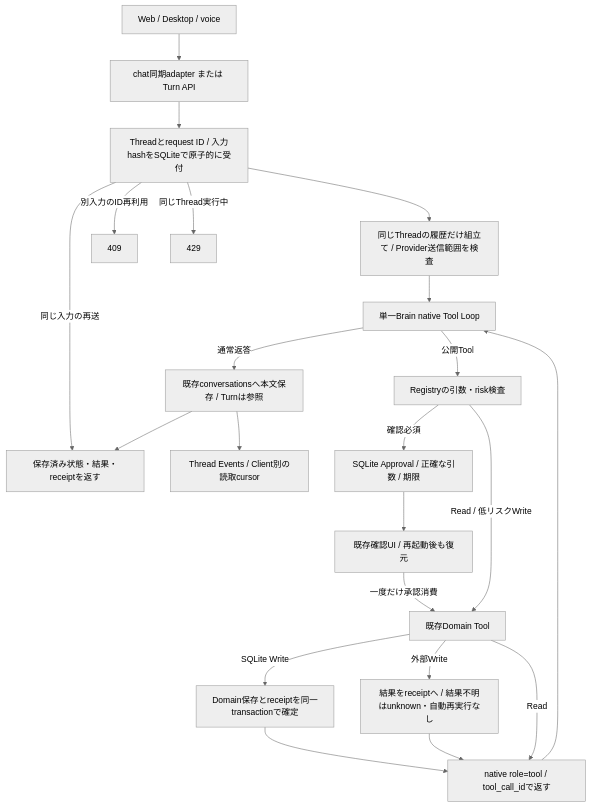
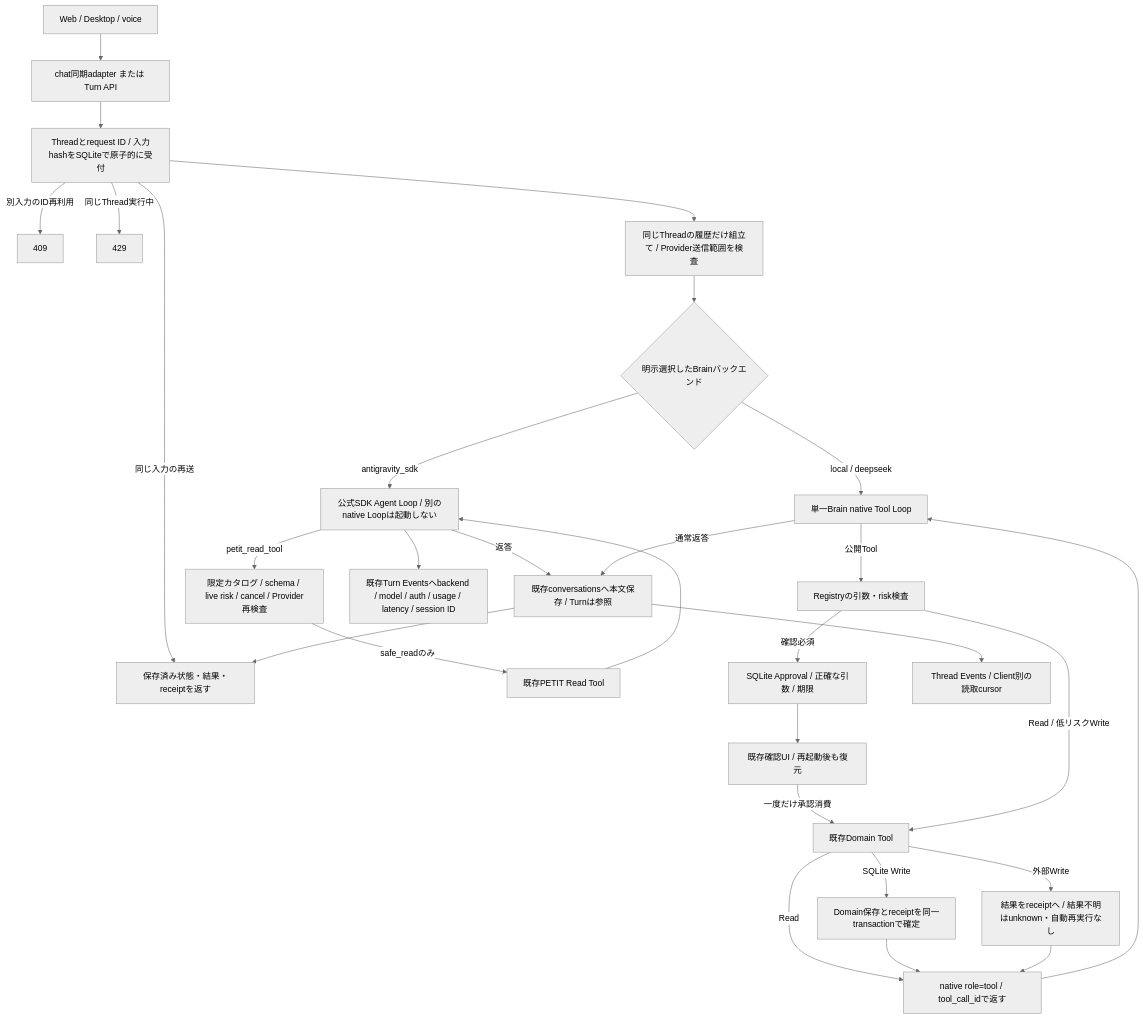
One commit to Soso2e/PETIT changed the first of 29 diagrams in docs/runtime-flows.md. Above: the diagram before and after it, drawn with Mermaid (neutral theme). The commit also changed other lines of this file and 32 other files, not shown here.

````diff
--- a/docs/runtime-flows.md
+++ b/docs/runtime-flows.md
@@ -9,24 +9,31 @@
 ```mermaid
 flowchart TD
     C[Web / Desktop / voice] --> A[chat同期adapter または Turn API]
     A --> L[Threadとrequest ID / 入力hashをSQLiteで原子的に受付]
     L -->|同じ入力の再送| R[保存済み状態・結果・receiptを返す]
     L -->|別入力のID再利用| Conflict[409]
     L -->|同じThread実行中| Busy[429]
     L --> B[同じThreadの履歴だけ組立て / Provider送信範囲を検査]
-    B --> Brain[単一Brain native Tool Loop]
+    B --> Backend{明示選択したBrainバックエンド}
+    Backend -->|local / deepseek| Brain[単一Brain native Tool Loop]
+    Backend -->|antigravity_sdk| SDK[公式SDK Agent Loop / 別のnative Loopは起動しない]
+    SDK -->|petit_read_tool| ReadGate[限定カタログ / schema / live risk / cancel / Provider再検査]
+    ReadGate -->|safe_readのみ| Read[既存PETIT Read Tool]
+    Read --> SDK
+    SDK -->|返答| Save
+    SDK --> Obs[既存Turn Eventsへbackend / model / auth / usage / latency / session ID]
     Brain -->|通常返答| Save[既存conversationsへ本文保存 / Turnは参照]
     Brain -->|公開Tool| V[Registryの引数・risk検査]
     V -->|確認必須| P[SQLite Approval / 正確な引数 / 期限]
     P --> U[既存確認UI / 再起動後も復元]
     U -->|一度だけ承認消費| E[既存Domain Tool]
     V -->|Read / 低リスクWrite| E
     E -->|SQLite Write| T[Domain保存とreceiptを同一transactionで確定]
     E -->|外部Write| X[結果をreceiptへ / 結果不明はunknown・自動再実行なし]
     E -->|Read| N[native role=tool / tool_call_idで返す]
     T --> N
     X --> N
     N --> Brain
     Save --> R
     Save --> EV[Thread Events / Client別の読取cursor]
 ```
````
